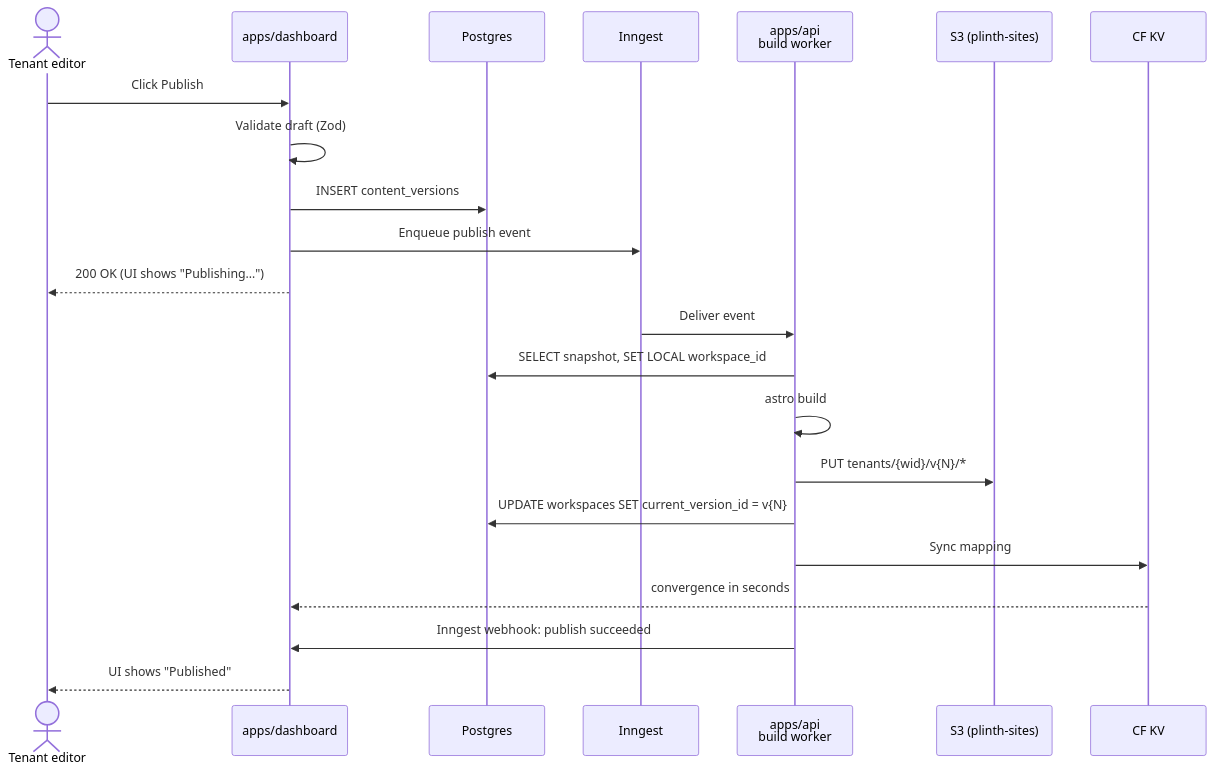
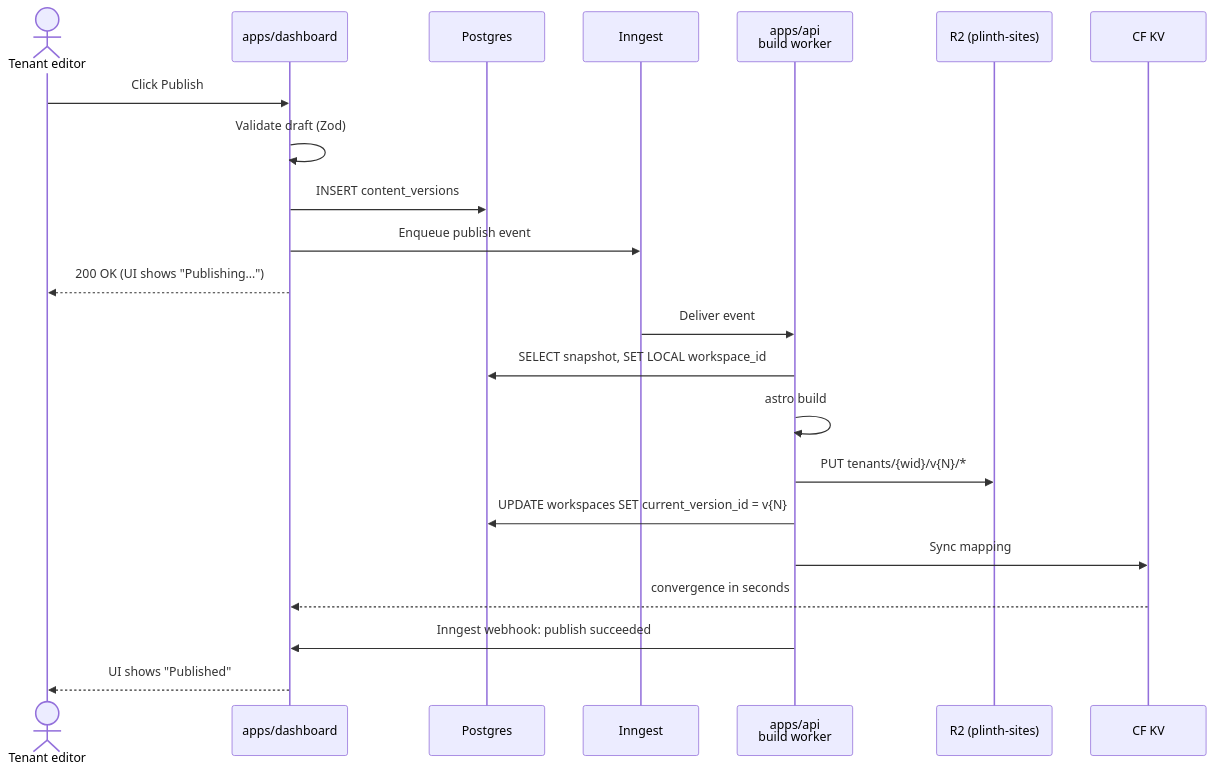
Before and after one commit to farulivan/plinth: the fourth of 5 diagrams in ARCHITECTURE.md, drawn with Mermaid. The commit also changed other lines of this file, not shown here.

Commit message:
docs: refresh architecture.md for r2, sentry-only, fly auto-stop"

````diff
--- a/ARCHITECTURE.md
+++ b/ARCHITECTURE.md
@@ -103,25 +103,25 @@
 ```mermaid
 sequenceDiagram
     actor T as Tenant editor
     participant D as apps/dashboard
     participant P as Postgres
     participant I as Inngest
     participant A as apps/api<br/>build worker
-    participant S3 as S3 (plinth-sites)
+    participant R2 as R2 (plinth-sites)
     participant KV as CF KV
 
     T->>D: Click Publish
     D->>D: Validate draft (Zod)
     D->>P: INSERT content_versions
     D->>I: Enqueue publish event
     D-->>T: 200 OK (UI shows "Publishing…")
     I->>A: Deliver event
     A->>P: SELECT snapshot, SET LOCAL workspace_id
     A->>A: astro build
-    A->>S3: PUT tenants/{wid}/v{N}/*
+    A->>R2: PUT tenants/{wid}/v{N}/*
     A->>P: UPDATE workspaces SET current_version_id = v{N}
     A->>KV: Sync mapping
     KV-->>D: convergence in seconds
     A->>D: Inngest webhook: publish succeeded
     D-->>T: UI shows "Published"
 ```
````
